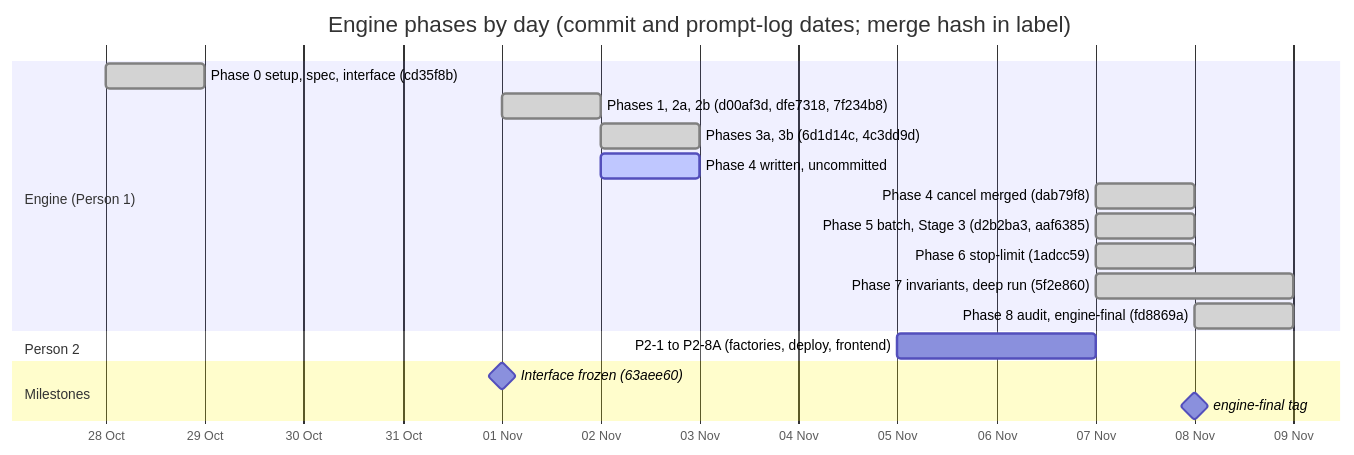
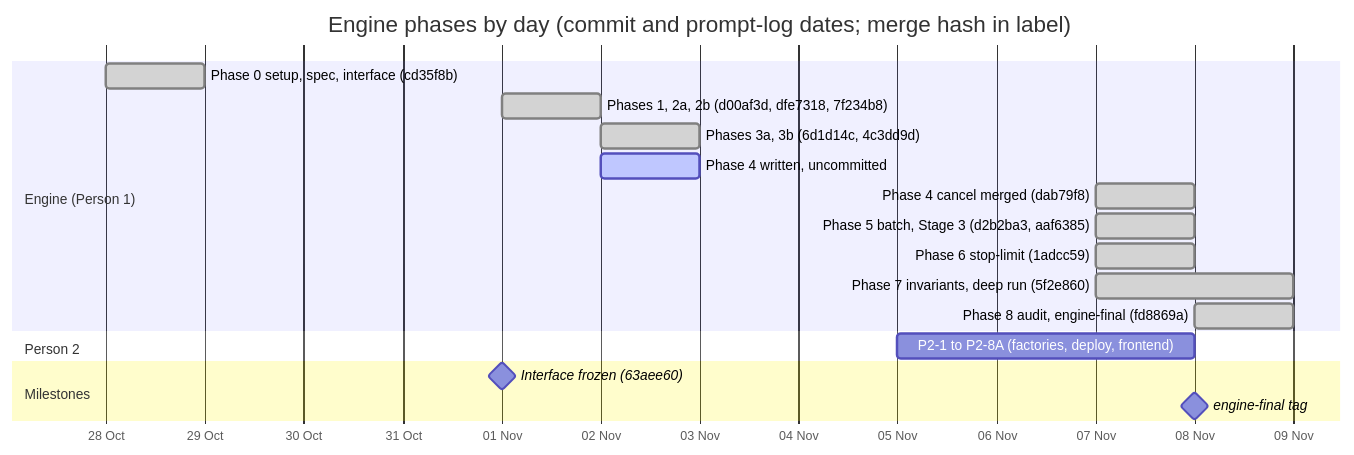
Before and after one commit to Nitecry7/SC4053-BlockChain-Project: the diagram in docs/report/diagrams/02-engine-gantt.mmd, drawn with Mermaid. The commit also changed 17 other files, not shown here.

First line of the commit message:
Report verification Phases 0-2: numbers re-derived, mechanical checks, Figure 2 fix

```diff
--- a/docs/report/diagrams/02-engine-gantt.mmd
+++ b/docs/report/diagrams/02-engine-gantt.mmd
@@ -1,28 +1,28 @@
 ---
 config:
   themeCSS: ".grid .tick line { stroke: #E2E2E2 !important; } .taskTextOutsideRight, .taskTextOutsideLeft, .taskText { paint-order: stroke; stroke: #FFFFFF; stroke-width: 5px; stroke-linejoin: round; } .milestoneText { paint-order: stroke; stroke: #FFFFFF; stroke-width: 5px; }"
 ---
 gantt
   title Engine phases by day (commit and prompt-log dates; merge hash in label)
   dateFormat YYYY-MM-DD
   axisFormat %d %b
   tickInterval 1day
   todayMarker off
 
   section Engine (Person 1)
   Phase 0 setup, spec, interface (cd35f8b)   :done, p0, 2026-10-28, 1d
   Phases 1, 2a, 2b (d00af3d, dfe7318, 7f234b8) :done, p1, 2026-11-01, 1d
   Phases 3a, 3b (6d1d14c, 4c3dd9d)            :done, p3, 2026-11-02, 1d
   Phase 4 written, uncommitted                :active, p4a, 2026-11-02, 1d
   Phase 4 cancel merged (dab79f8)             :done, p4, 2026-11-07, 1d
   Phase 5 batch, Stage 3 (d2b2ba3, aaf6385)   :done, p5, 2026-11-07, 1d
   Phase 6 stop-limit (1adcc59)                :done, p6, 2026-11-07, 1d
   Phase 7 invariants, deep run (5f2e860)      :done, p7, 2026-11-07, 2d
   Phase 8 audit, engine-final (fd8869a)       :done, p8, 2026-11-08, 1d
 
   section Person 2
-  P2-1 to P2-8A (factories, deploy, frontend) :p2, 2026-11-05, 2d
+  P2-1 to P2-8A (factories, deploy, frontend) :p2, 2026-11-05, 3d
 
   section Milestones
   Interface frozen (63aee60)                  :milestone, m1, 2026-11-01, 0d
   engine-final tag                            :milestone, m2, 2026-11-08, 0d
```
